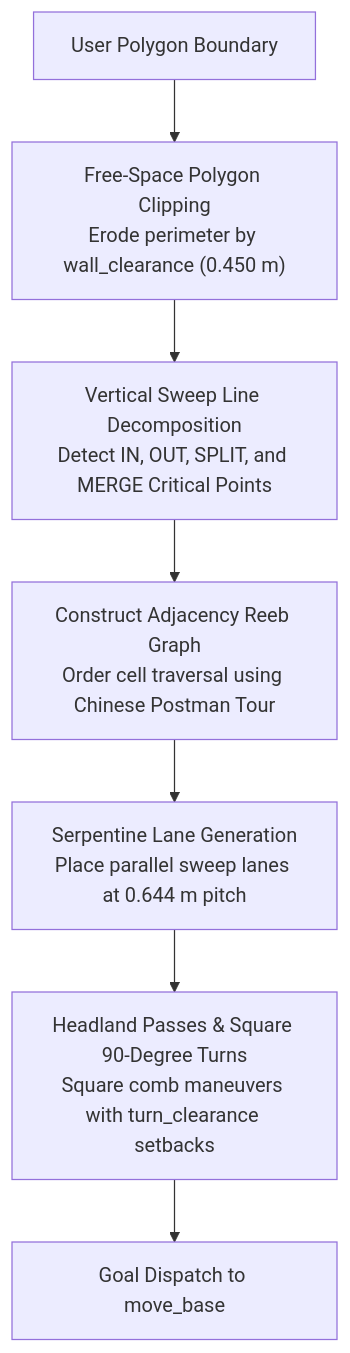
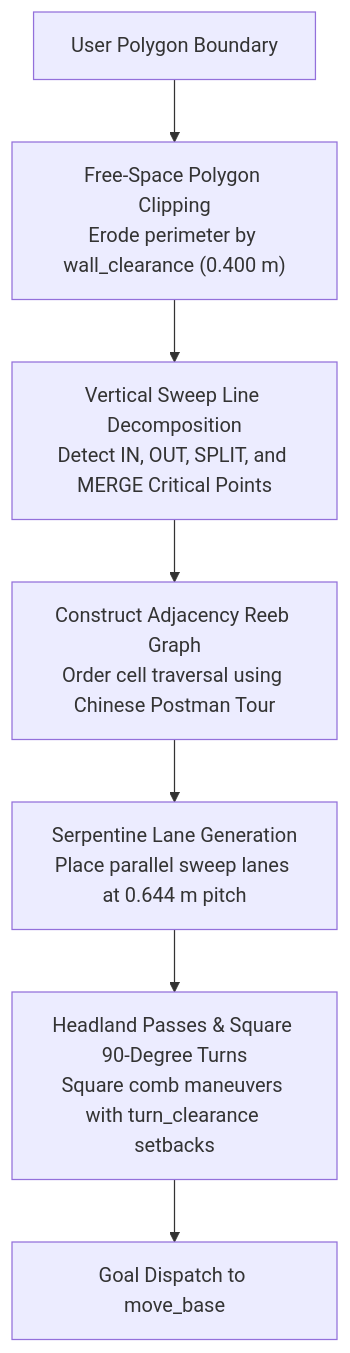
One commit to itbdelaboprogramming/msd700_documentation changed the second of 4 diagrams in docs/development/ros/boustrophedon-and-alignment.md. Above: the diagram before and after it, drawn with Mermaid. The commit also changed other lines of this file and 340 other files, not shown here.

````diff
--- a/docs/development/ros/boustrophedon-and-alignment.md
+++ b/docs/development/ros/boustrophedon-and-alignment.md
@@ -65,9 +67,9 @@
 ```mermaid
 flowchart TD
-  A["User Polygon Boundary"] --> B["Free-Space Polygon Clipping<br/>Erode perimeter by wall_clearance (0.450 m)"]
+  A["User Polygon Boundary"] --> B["Free-Space Polygon Clipping<br/>Erode perimeter by wall_clearance (0.400 m)"]
   B --> C["Vertical Sweep Line Decomposition<br/>Detect IN, OUT, SPLIT, and MERGE Critical Points"]
   C --> D["Construct Adjacency Reeb Graph<br/>Order cell traversal using Chinese Postman Tour"]
   D --> E["Serpentine Lane Generation<br/>Place parallel sweep lanes at 0.644 m pitch"]
   E --> F["Headland Passes & Square 90-Degree Turns<br/>Square comb maneuvers with turn_clearance setbacks"]
   F --> G["Goal Dispatch to move_base"]
 ```
````
